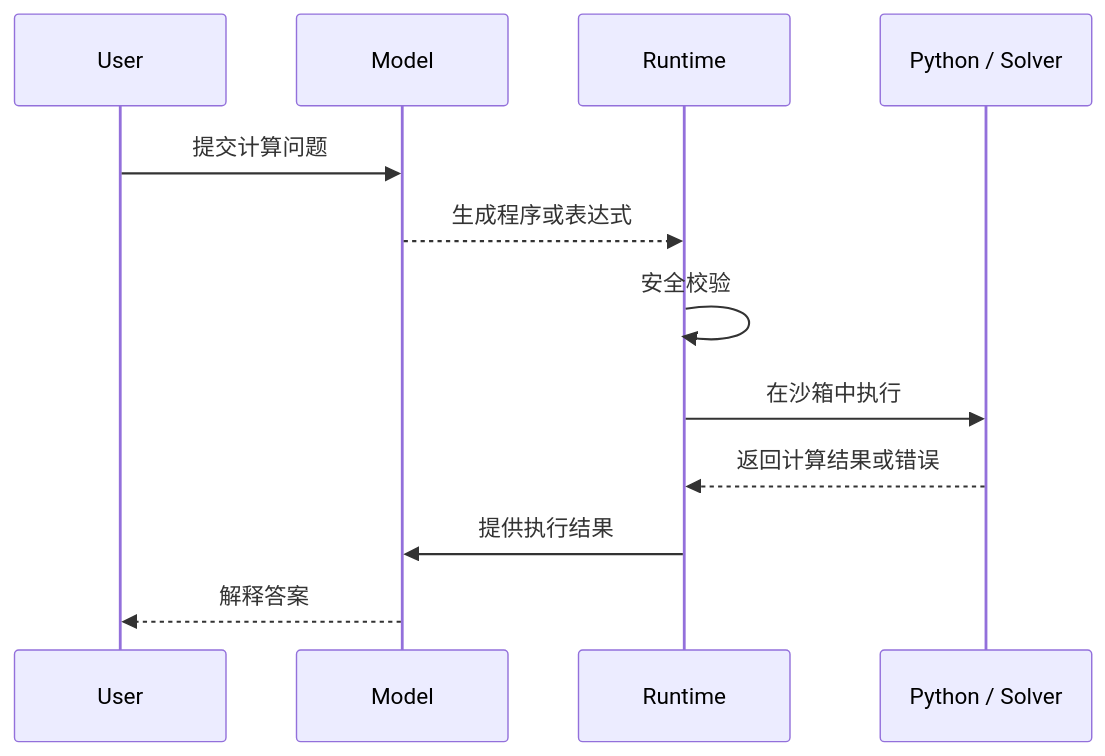
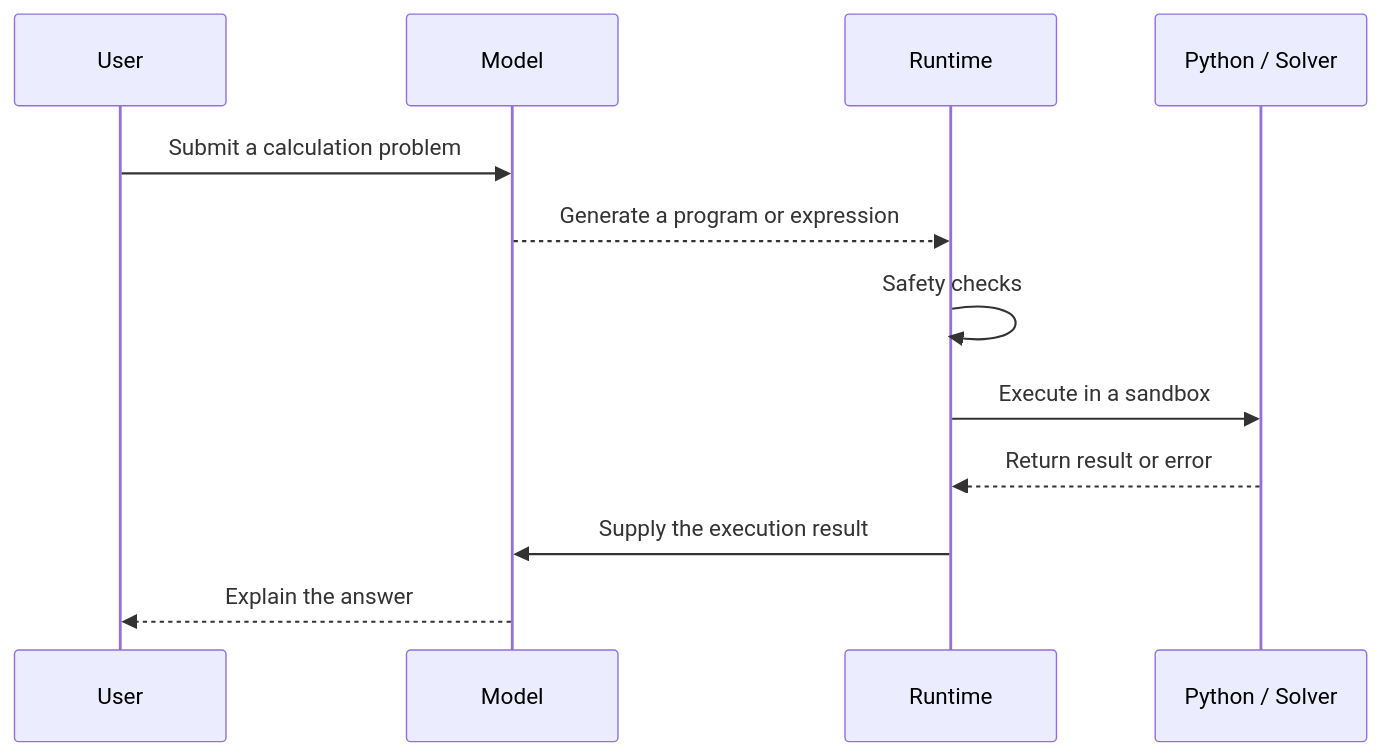
Before and after one commit to oneleaveknowsthefall/awesome-ai-roadmap: diagram 11 of 17 in docs/agent/02-reasoning-planning/05-agent-reasoning-methods.md, drawn with Mermaid. The commit also changed other lines of this file and 68 other files, not shown here.

````diff
--- a/docs/agent/02-reasoning-planning/05-agent-reasoning-methods.md
+++ b/docs/agent/02-reasoning-planning/05-agent-reasoning-methods.md
@@ -485,15 +485,15 @@
 ```mermaid
 sequenceDiagram
     participant U as User
     participant M as Model
     participant R as Runtime
     participant P as Python / Solver
 
-    U->>M: 提交计算问题
-    M-->>R: 生成程序或表达式
-    R->>R: 安全校验
-    R->>P: 在沙箱中执行
-    P-->>R: 返回计算结果或错误
-    R->>M: 提供执行结果
-    M-->>U: 解释答案
+    U->>M: Submit a calculation problem
+    M-->>R: Generate a program or expression
+    R->>R: Safety checks
+    R->>P: Execute in a sandbox
+    P-->>R: Return result or error
+    R->>M: Supply the execution result
+    M-->>U: Explain the answer
 ```
````
